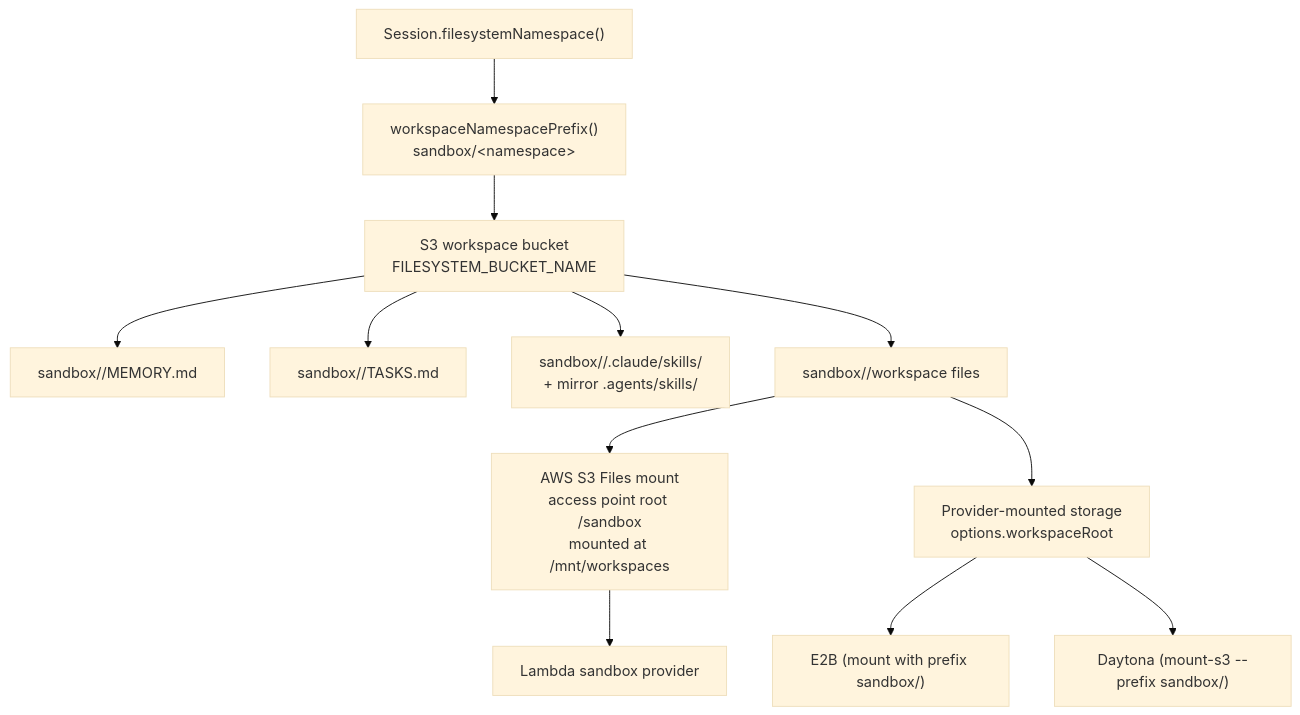
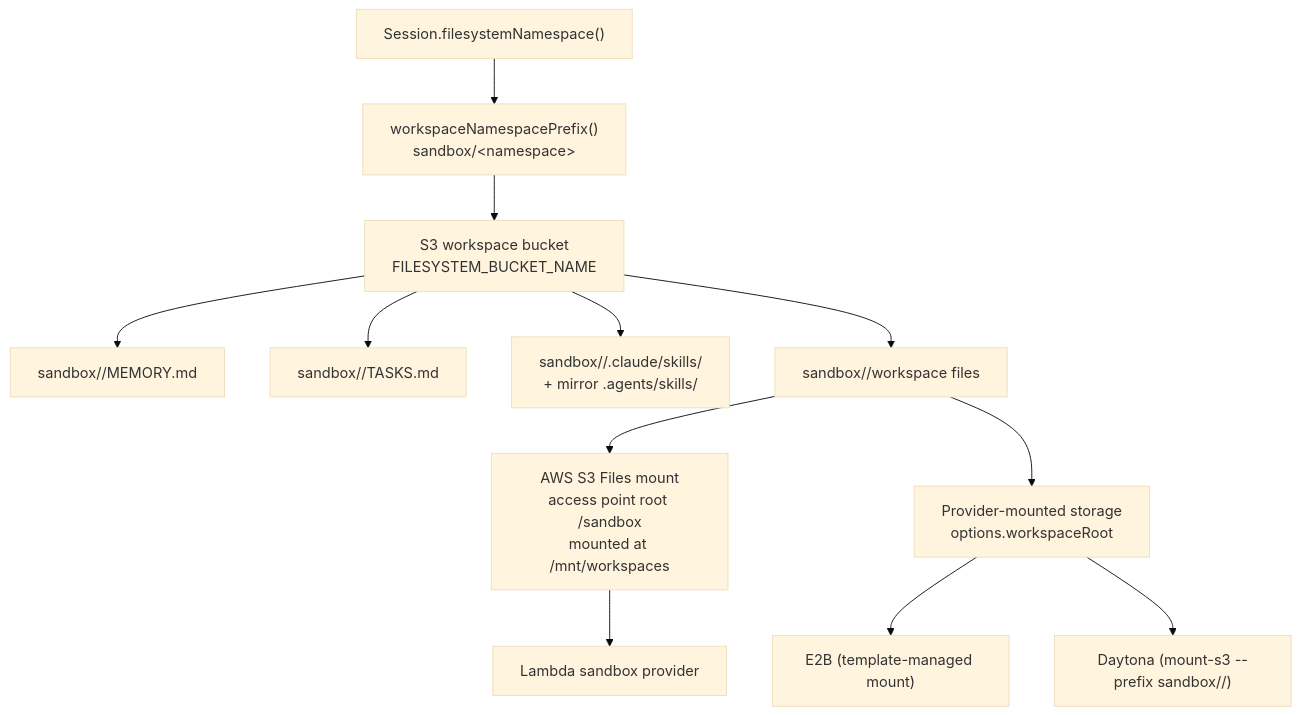
One commit to beeblastco/broods changed the diagram in docs/workspace/storage.md. Above: the diagram before and after it, drawn with Mermaid (base theme). The commit also changed other lines of this file and 84 other files, not shown here.

````diff
--- a/docs/workspace/storage.md
+++ b/docs/workspace/storage.md
@@ -31,14 +32,14 @@
 ```mermaid
 flowchart TD
   Namespace["Session.filesystemNamespace()"] --> Prefix["workspaceNamespacePrefix()<br/>sandbox/&lt;namespace&gt;"]
   Prefix --> S3["S3 workspace bucket<br/>FILESYSTEM_BUCKET_NAME"]
   S3 --> Memory["sandbox/<namespace>/MEMORY.md"]
   S3 --> Tasks["sandbox/<namespace>/TASKS.md"]
   S3 --> Skills["sandbox/<namespace>/.claude/skills/<name><br/>+ mirror .agents/skills/<name>"]
   S3 --> Files["sandbox/<namespace>/workspace files"]
   Files --> S3Files["AWS S3 Files mount<br/>access point root /sandbox<br/>mounted at /mnt/workspaces"]
   S3Files --> Lambda["Lambda sandbox provider"]
   Files --> ExternalMount["Provider-mounted storage<br/>options.workspaceRoot"]
-  ExternalMount --> E2B["E2B (mount with prefix sandbox/)"]
-  ExternalMount --> Daytona["Daytona (mount-s3 --prefix sandbox/)"]
+  ExternalMount --> E2B["E2B (template-managed mount)"]
+  ExternalMount --> Daytona["Daytona (mount-s3 --prefix sandbox/<namespace>/)"]
 ```
````
